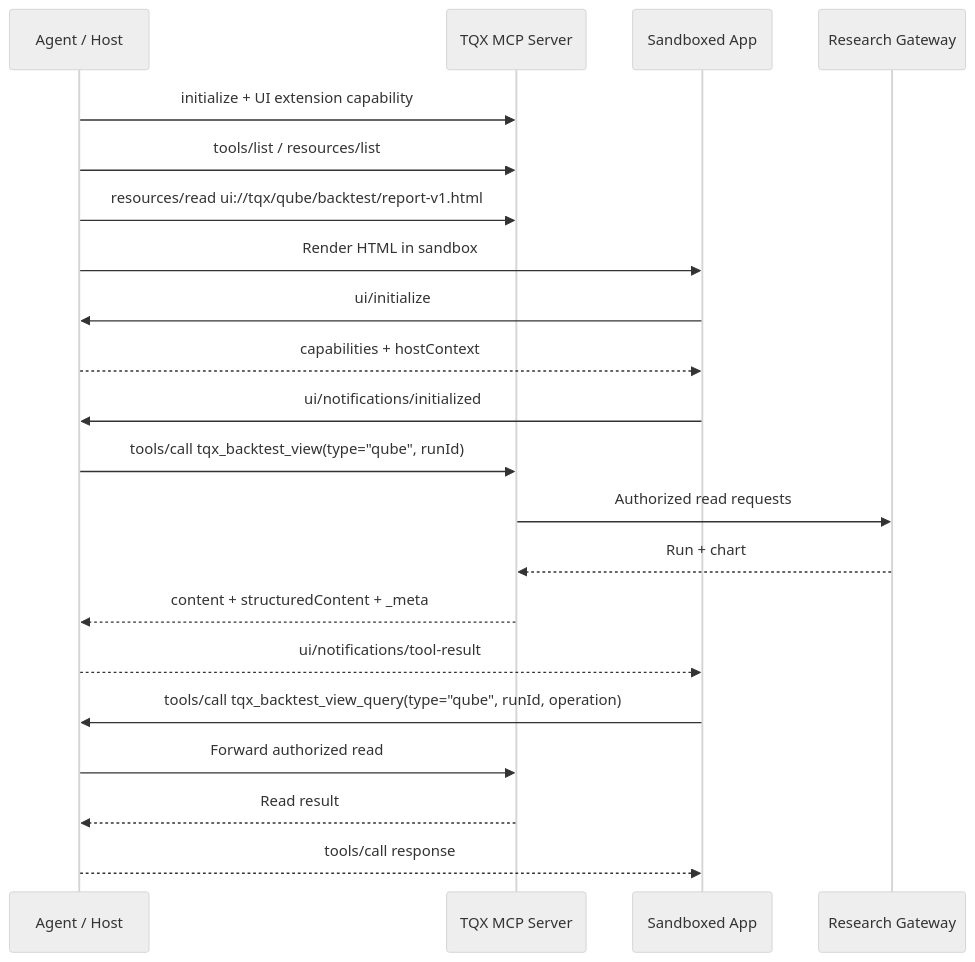
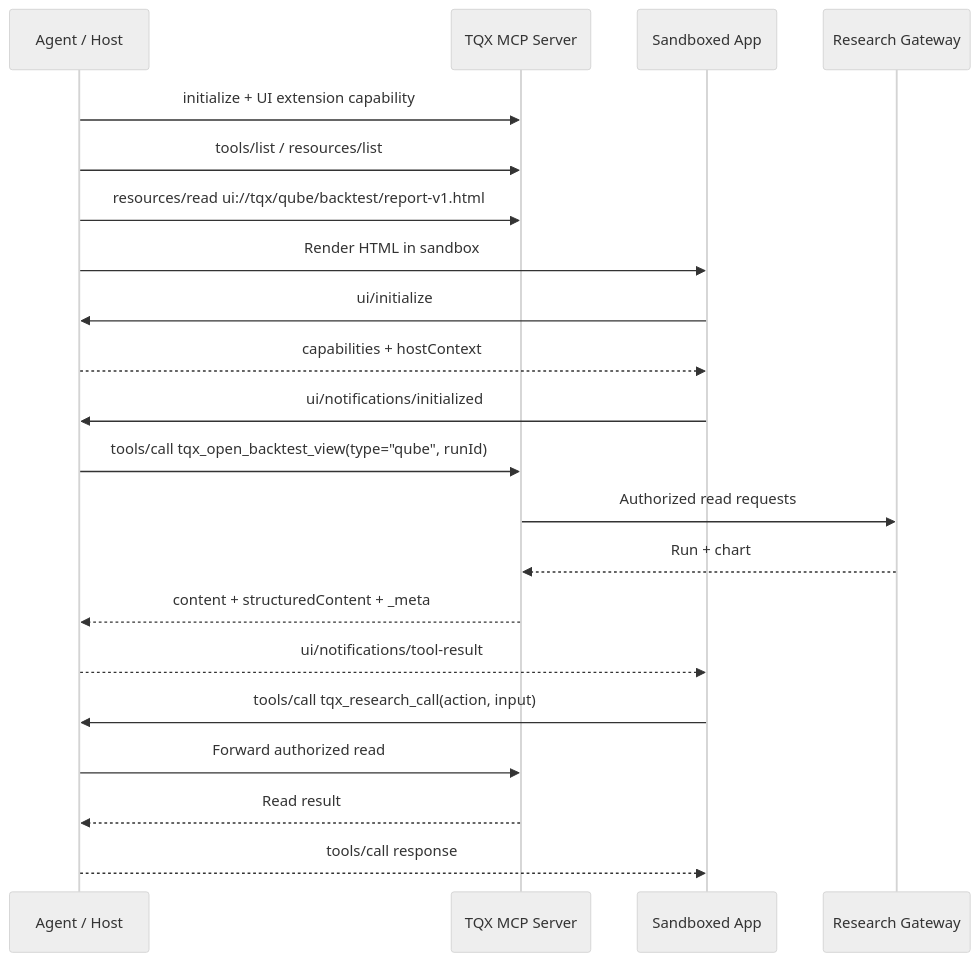
Before and after one commit to tqx-ai/tqx-ts: the second of 2 diagrams in packages/mcp-server/docs/backtest-mcp-app-design.md, drawn with Mermaid (neutral theme). The commit also changed other lines of this file and 40 other files, not shown here.

````diff
--- a/packages/mcp-server/docs/backtest-mcp-app-design.md
+++ b/packages/mcp-server/docs/backtest-mcp-app-design.md
@@ -406,23 +408,23 @@
 ```mermaid
 sequenceDiagram
     participant Agent as Agent / Host
     participant Server as TQX MCP Server
     participant UI as Sandboxed App
     participant Gateway as Research Gateway
     Agent->>Server: initialize + UI extension capability
     Agent->>Server: tools/list / resources/list
     Agent->>Server: resources/read ui://tqx/qube/backtest/report-v1.html
     Agent->>UI: Render HTML in sandbox
     UI->>Agent: ui/initialize
     Agent-->>UI: capabilities + hostContext
     UI->>Agent: ui/notifications/initialized
-    Agent->>Server: tools/call tqx_backtest_view(type="qube", runId)
+    Agent->>Server: tools/call tqx_open_backtest_view(type="qube", runId)
     Server->>Gateway: Authorized read requests
     Gateway-->>Server: Run + chart
     Server-->>Agent: content + structuredContent + _meta
     Agent-->>UI: ui/notifications/tool-result
-    UI->>Agent: tools/call tqx_backtest_view_query(type="qube", runId, operation)
+    UI->>Agent: tools/call tqx_research_call(action, input)
     Agent->>Server: Forward authorized read
     Server-->>Agent: Read result
     Agent-->>UI: tools/call response
 ```
````
